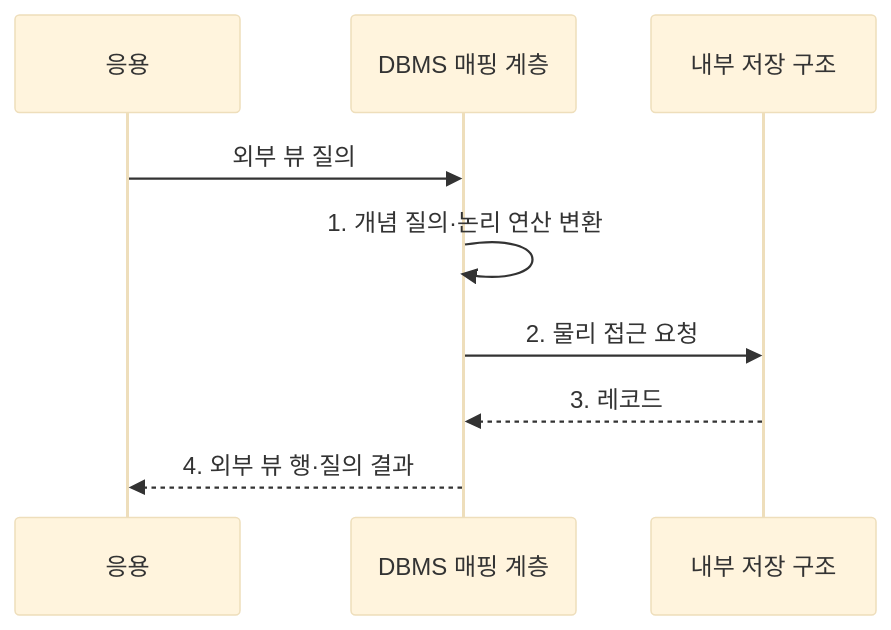
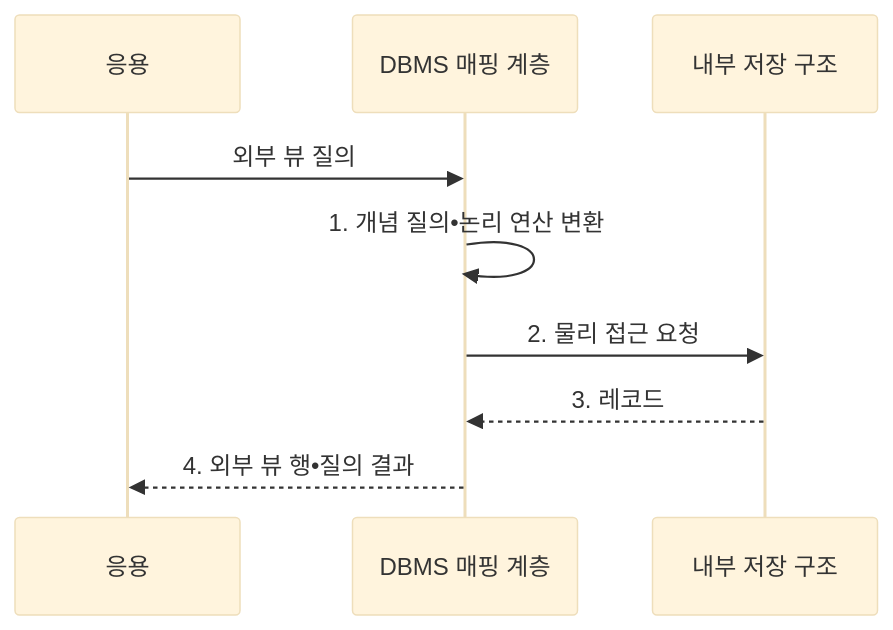
Before and after one commit to agnusdei1207/knowledge-base: the second of 2 diagrams in src/content/docs/notes/03-software/111_data_independence.md, drawn with Mermaid (base theme). The commit also changed other lines of this file and 953 other files, not shown here.

````diff
--- a/src/content/docs/notes/03-software/111_data_independence.md
+++ b/src/content/docs/notes/03-software/111_data_independence.md
@@ -106,11 +106,11 @@
 ```mermaid
 sequenceDiagram
     participant A as 응용
     participant D as DBMS 매핑 계층
     participant S as 내부 저장 구조
     A->>D: 외부 뷰 질의
-    D->>D: 1. 개념 질의·논리 연산 변환
+    D->>D: 1. 개념 질의•논리 연산 변환
     D->>S: 2. 물리 접근 요청
     S-->>D: 3. 레코드
-    D-->>A: 4. 외부 뷰 행·질의 결과
+    D-->>A: 4. 외부 뷰 행•질의 결과
 ```
````
